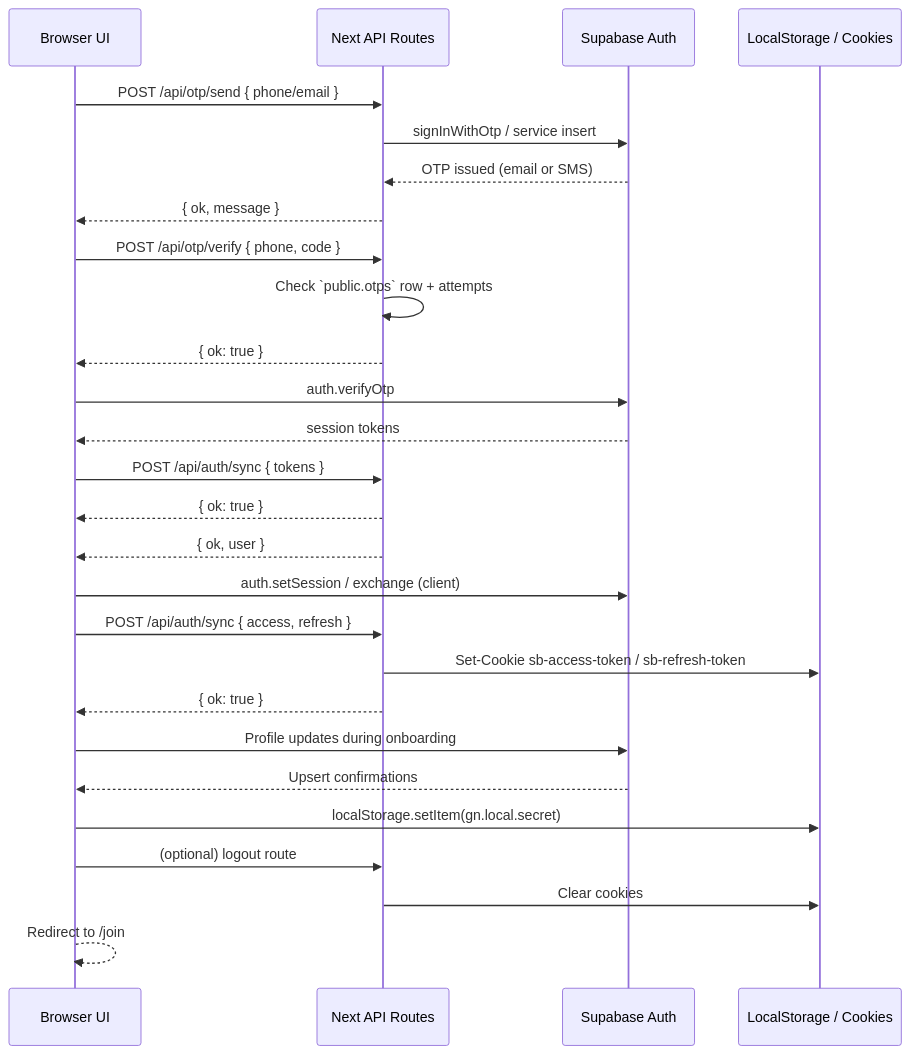
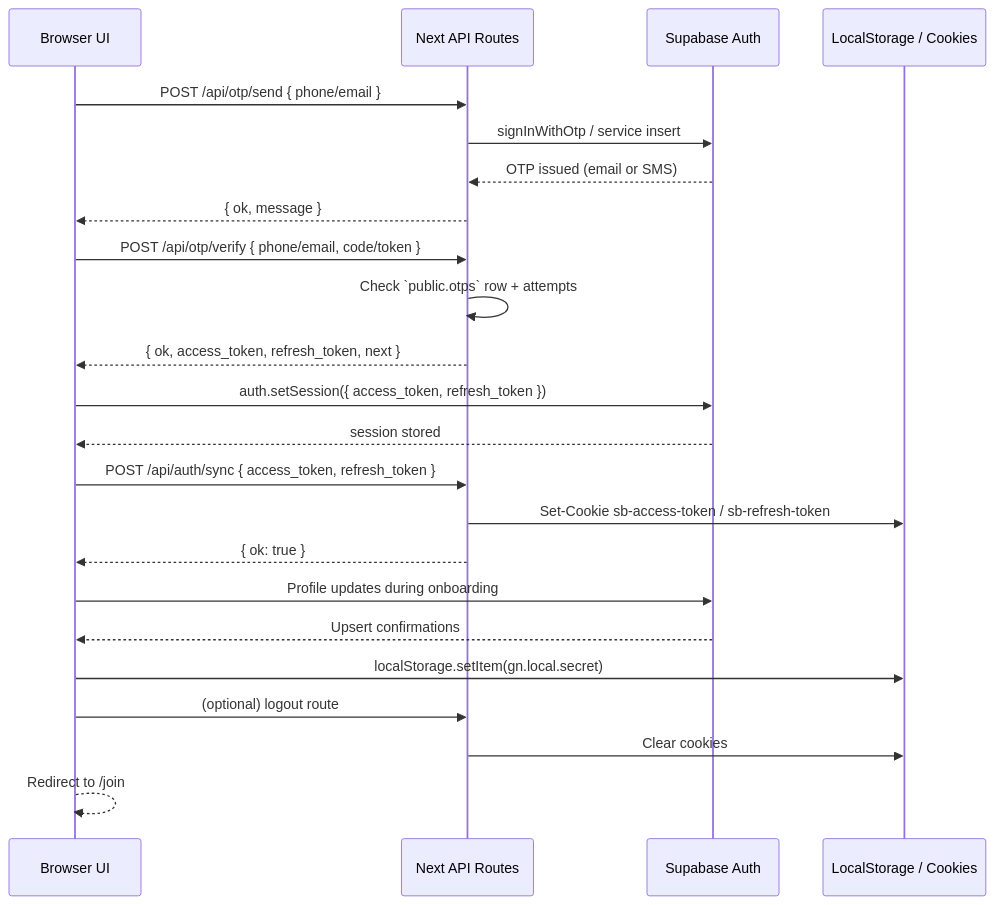
One commit to Zenslim/Gatishil changed the second of 2 diagrams in AUTH_CONTROL_TOWER.md. Above: the diagram before and after it, drawn with Mermaid. The commit also changed other lines of this file and 4 other files, not shown here.

Commit message:
Store real phone accounts for OTP onboarding

````diff
--- a/AUTH_CONTROL_TOWER.md
+++ b/AUTH_CONTROL_TOWER.md
@@ -102,35 +102,30 @@
 ```mermaid
 sequenceDiagram
     participant B as Browser UI
     participant API as Next API Routes
     participant SB as Supabase Auth
     participant ST as LocalStorage / Cookies
 
     B->>API: POST /api/otp/send { phone/email }
     API->>SB: signInWithOtp / service insert
     SB-->>API: OTP issued (email or SMS)
     API-->>B: { ok, message }
 
-    B->>API: POST /api/otp/verify { phone, code }
+    B->>API: POST /api/otp/verify { phone/email, code/token }
     API->>API: Check `public.otps` row + attempts
-    API-->>B: { ok: true }
-    B->>SB: auth.verifyOtp
-    SB-->>B: session tokens
-    B->>API: POST /api/auth/sync { tokens }
-    API-->>B: { ok: true }
-    API-->>B: { ok, user }
-    B->>SB: auth.setSession / exchange (client)
-
-    B->>API: POST /api/auth/sync { access, refresh }
+    API-->>B: { ok, access_token, refresh_token, next }
+    B->>SB: auth.setSession({ access_token, refresh_token })
+    SB-->>B: session stored
+    B->>API: POST /api/auth/sync { access_token, refresh_token }
     API->>ST: Set-Cookie sb-access-token / sb-refresh-token
     API-->>B: { ok: true }
 
     B->>SB: Profile updates during onboarding
     SB-->>B: Upsert confirmations
 
     B->>ST: localStorage.setItem(gn.local.secret)
 
     B->>API: (optional) logout route
     API->>ST: Clear cookies
     B-->>B: Redirect to /join
 ```
````
